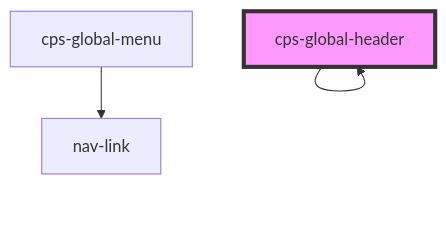
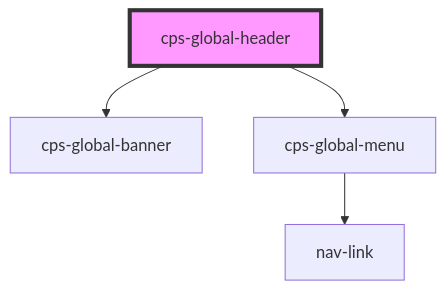
One commit to CPS-Innovation/global-components changed the diagram in packages/cps-global-components/src/components/cps-global-header/readme.md. Above: the diagram before and after it, drawn with Mermaid. The commit also changed other lines of this file and 3 other files, not shown here.

````diff
--- a/packages/cps-global-components/src/components/cps-global-header/readme.md
+++ b/packages/cps-global-components/src/components/cps-global-header/readme.md
@@ -28,6 +23,7 @@
 ```mermaid
 graph TD;
-  cps-global-header --> cps-global-header
+  cps-global-header --> cps-global-banner
+  cps-global-header --> cps-global-menu
   cps-global-menu --> nav-link
   style cps-global-header fill:#f9f,stroke:#333,stroke-width:4px
 ```
````
